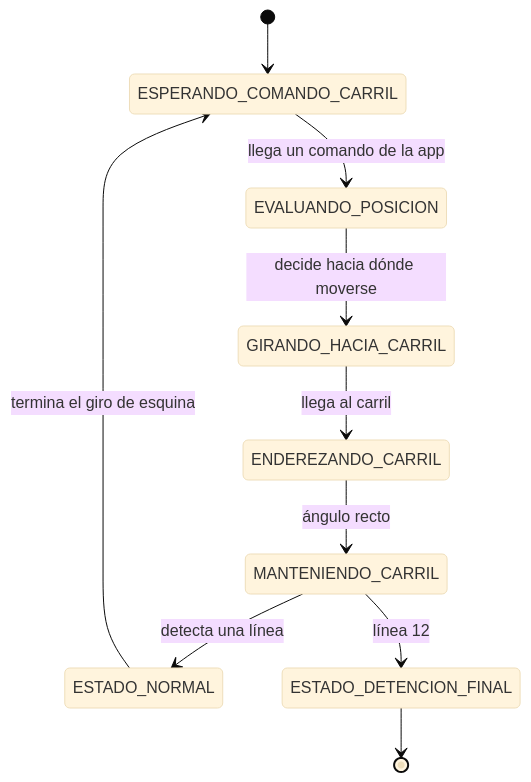
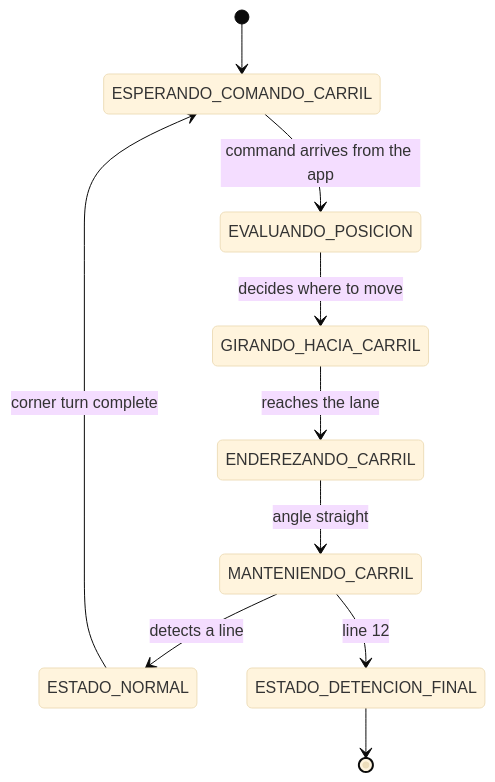
Before and after one commit to erchivox/Prometheus-Team-2026: diagram 15 of 18 in README.md, drawn with Mermaid (base theme). The commit also changed other lines of this file and 8 other files, not shown here.

````diff
--- a/README.md
+++ b/README.md
@@ -1713,12 +1713,12 @@
 ```mermaid
 stateDiagram-v2
     [*] --> ESPERANDO_COMANDO_CARRIL
-    ESPERANDO_COMANDO_CARRIL --> EVALUANDO_POSICION: llega un comando de la app
-    EVALUANDO_POSICION --> GIRANDO_HACIA_CARRIL: decide hacia dónde moverse
-    GIRANDO_HACIA_CARRIL --> ENDEREZANDO_CARRIL: llega al carril
-    ENDEREZANDO_CARRIL --> MANTENIENDO_CARRIL: ángulo recto
-    MANTENIENDO_CARRIL --> ESTADO_NORMAL: detecta una línea
-    ESTADO_NORMAL --> ESPERANDO_COMANDO_CARRIL: termina el giro de esquina
-    MANTENIENDO_CARRIL --> ESTADO_DETENCION_FINAL: línea 12
+    ESPERANDO_COMANDO_CARRIL --> EVALUANDO_POSICION: command arrives from the app
+    EVALUANDO_POSICION --> GIRANDO_HACIA_CARRIL: decides where to move
+    GIRANDO_HACIA_CARRIL --> ENDEREZANDO_CARRIL: reaches the lane
+    ENDEREZANDO_CARRIL --> MANTENIENDO_CARRIL: angle straight
+    MANTENIENDO_CARRIL --> ESTADO_NORMAL: detects a line
+    ESTADO_NORMAL --> ESPERANDO_COMANDO_CARRIL: corner turn complete
+    MANTENIENDO_CARRIL --> ESTADO_DETENCION_FINAL: line 12
     ESTADO_DETENCION_FINAL --> [*]
 ```
````
